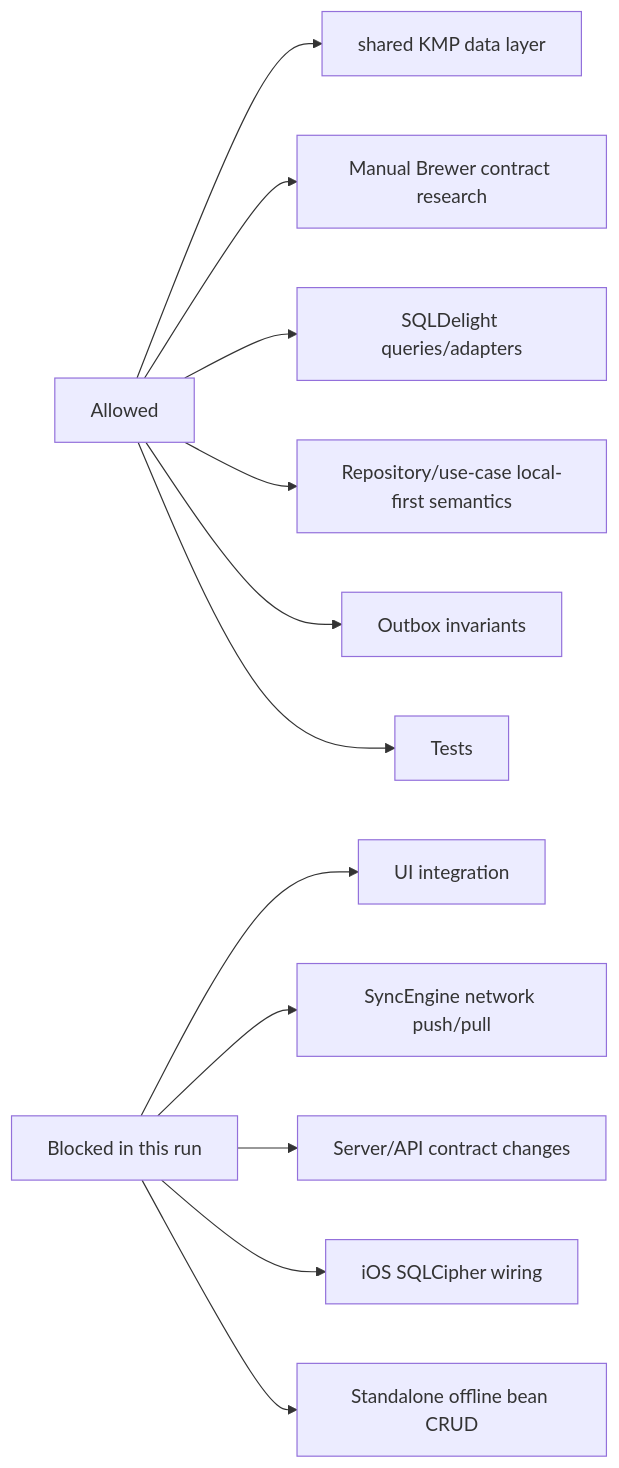
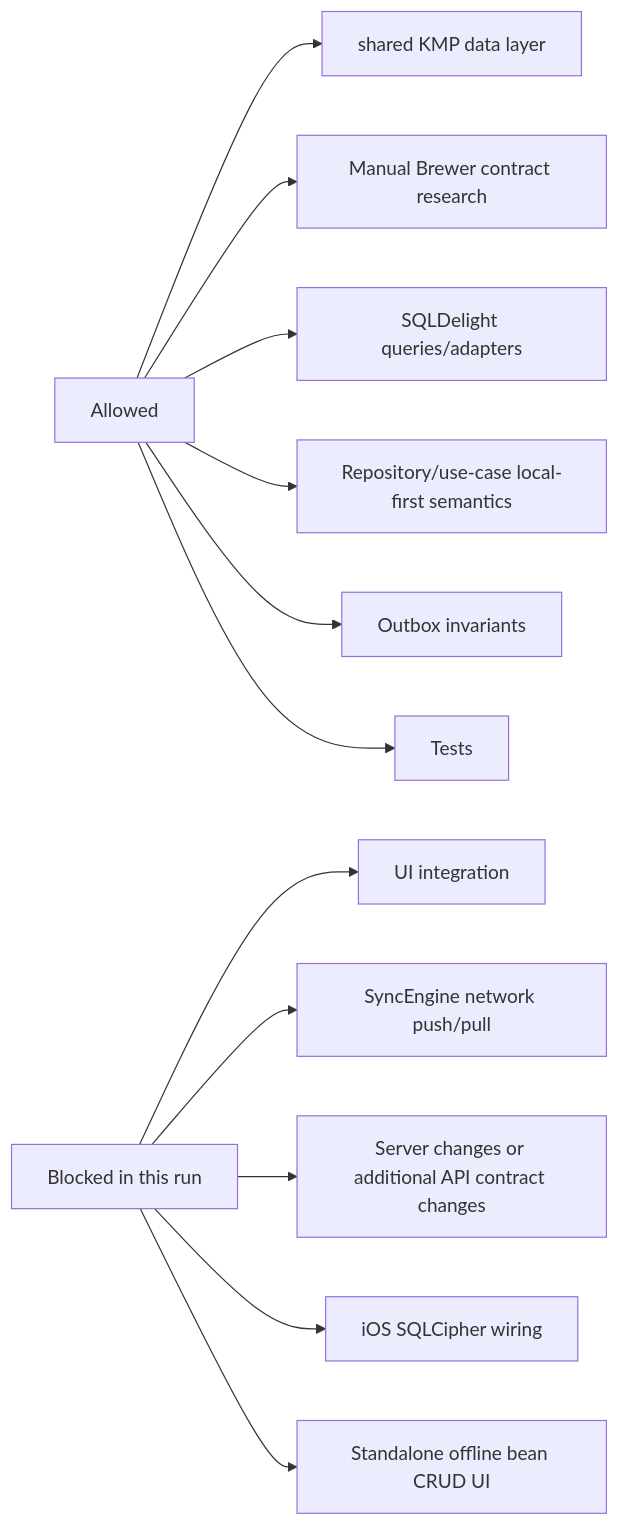
Before and after one commit to ybird-labs/cupped_mobile: the second of 2 diagrams in .a5c/processes/local-first-brew-log-data-layer/local-first-brew-log-data-layer.mermaid.md, drawn with Mermaid. The commit also changed other lines of this file and 4 other files, not shown here.

````diff
--- a/.a5c/processes/local-first-brew-log-data-layer/local-first-brew-log-data-layer.mermaid.md
+++ b/.a5c/processes/local-first-brew-log-data-layer/local-first-brew-log-data-layer.mermaid.md
@@ -32,15 +32,15 @@
 ```mermaid
 flowchart LR
     A[Allowed] --> A1[shared KMP data layer]
     A --> A0[Manual Brewer contract research]
     A --> A2[SQLDelight queries/adapters]
     A --> A3[Repository/use-case local-first semantics]
     A --> A4[Outbox invariants]
     A --> A5[Tests]
 
     B[Blocked in this run] --> B1[UI integration]
     B --> B2[SyncEngine network push/pull]
-    B --> B3[Server/API contract changes]
+    B --> B3[Server changes or additional API contract changes]
     B --> B4[iOS SQLCipher wiring]
-    B --> B5[Standalone offline bean CRUD]
+    B --> B5[Standalone offline bean CRUD UI]
 ```
````
